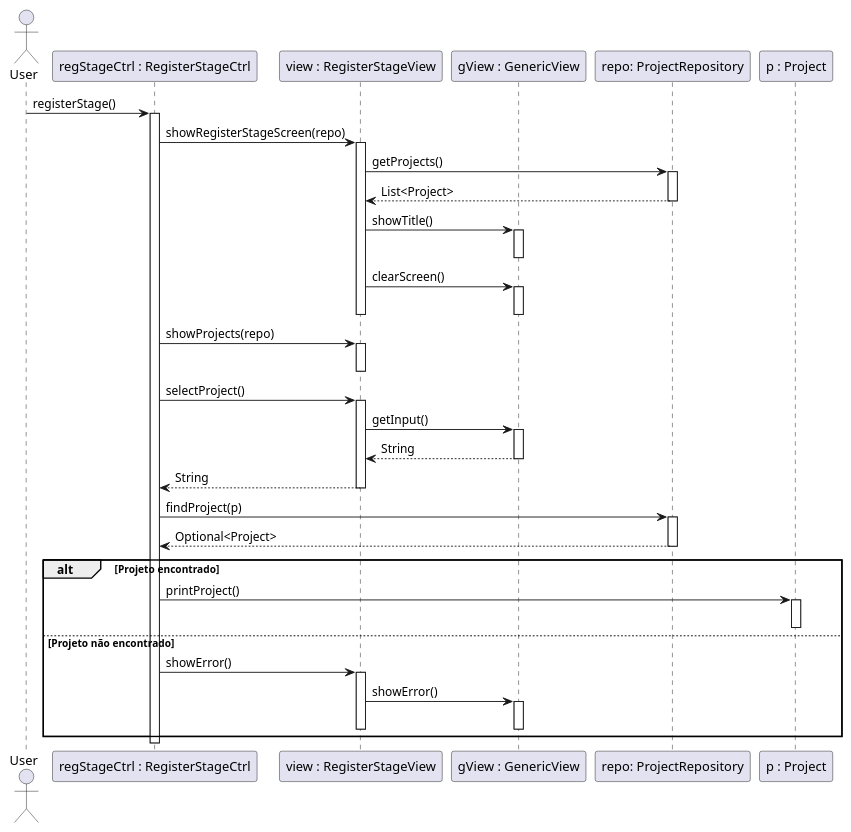
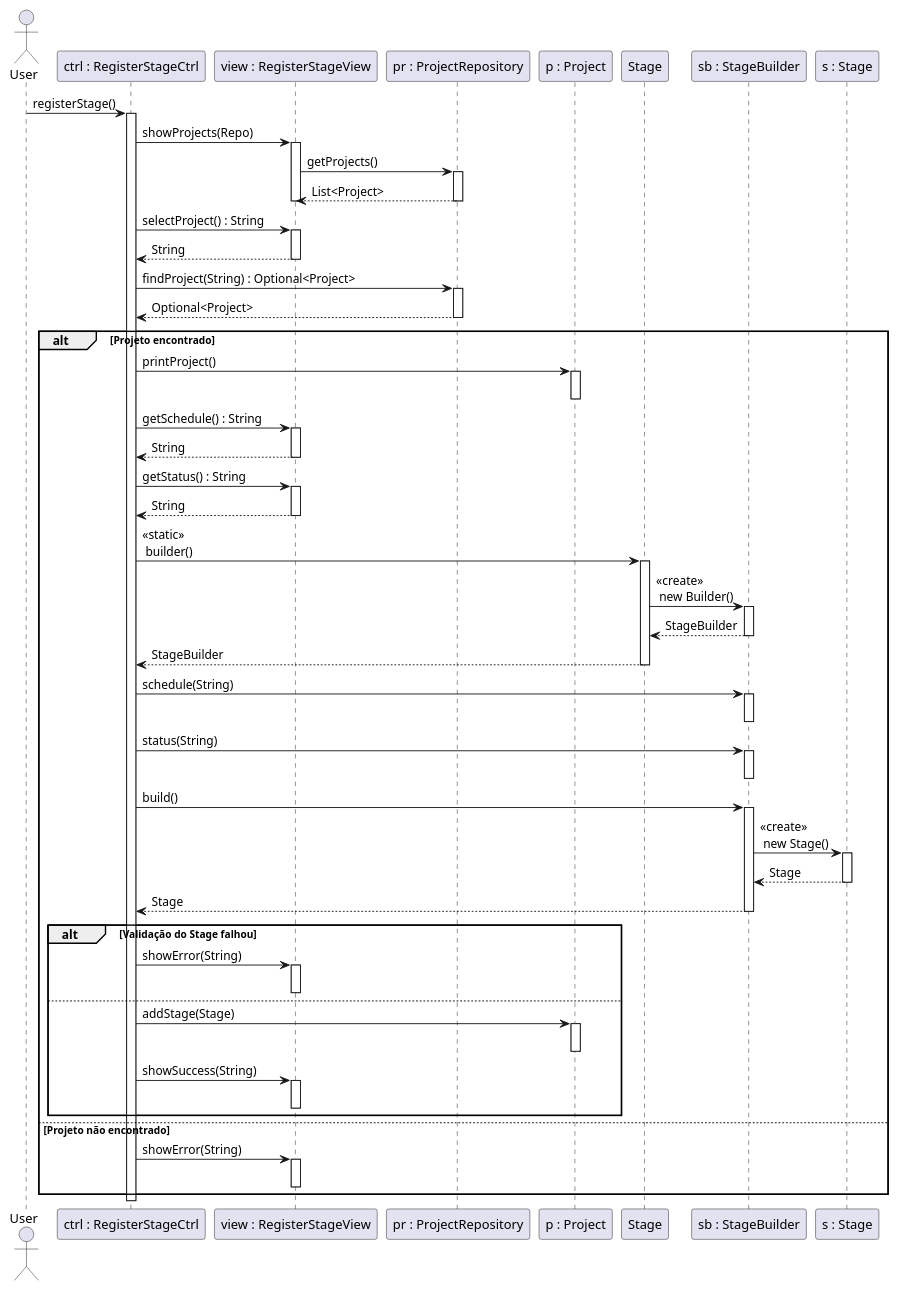
The diagram in sequence-diagram/ec002/seq.plantuml (lucasblopes/ecomp-software-design), drawn with PlantUML before and after one commit. The commit also changed 19 other files, not shown here.

Commit message:
diagramas de comunicação adicionados

```diff
--- a/sequence-diagram/ec002/seq.plantuml
+++ b/sequence-diagram/ec002/seq.plantuml
@@ -1,59 +1,95 @@
 @startuml
 actor User
-participant "regStageCtrl : RegisterStageCtrl" as Ctrl
+participant "ctrl : RegisterStageCtrl" as Ctrl
 participant "view : RegisterStageView" as View
-participant "gView : GenericView" as GView
-participant "repo: ProjectRepository" as Repo
+participant "pr : ProjectRepository" as Repo
 participant "p : Project" as Project
+participant "Stage" as St
+participant "sb : StageBuilder" as Builder
+participant "s : Stage" as Stage
 
 User -> Ctrl: registerStage()
 activate Ctrl
 
-Ctrl -> View: showRegisterStageScreen(repo)
+Ctrl -> View: showProjects(Repo)
 activate View
 View -> Repo: getProjects()
 activate Repo
 Repo --> View: List<Project>
 deactivate Repo
-View -> GView: showTitle()
-activate GView
-deactivate GView
-
-View -> GView: clearScreen()
-activate GView
-deactivate GView
 deactivate View
 
-Ctrl -> View: showProjects(repo)
+Ctrl -> View: selectProject() : String
 activate View
-deactivate View
 
-Ctrl -> View: selectProject()
-activate View
-View -> GView: getInput()
-activate GView
-GView --> View: String
-deactivate GView
 View --> Ctrl: String
 deactivate View
 
-Ctrl -> Repo: findProject(p)
+Ctrl -> Repo: findProject(String) : Optional<Project>
 activate Repo
 Repo --> Ctrl: Optional<Project>
 deactivate Repo
 
 alt Projeto encontrado
     Ctrl -> Project: printProject()
     activate Project
     deactivate Project
+
+    Ctrl -> View: getSchedule() : String
+    activate View
+    View --> Ctrl: String
+    deactivate View
+
+    Ctrl -> View: getStatus() : String
+    activate View
+    View --> Ctrl: String
+    deactivate View
+  
+    Ctrl -> St : <<static>> \n builder()
+    activate St
+    St -> Builder : <<create>> \n new Builder()
+    activate Builder
+    Builder --> St: StageBuilder
+    deactivate Builder
+    St --> Ctrl: StageBuilder
+    deactivate St
+    
+    Ctrl -> Builder: schedule(String)
+    activate Builder
+    deactivate Builder
+
+    Ctrl -> Builder: status(String)
+    activate Builder
+    deactivate Builder
+    
+    Ctrl -> Builder: build()
+    activate Builder
+    Builder -> Stage: <<create>> \n new Stage()
+    activate Stage
+    Stage --> Builder: Stage
+    deactivate Stage
+    Builder --> Ctrl: Stage
+    deactivate Builder
+
+    alt Validação do Stage falhou
+        Ctrl -> View: showError(String)
+        activate View
+        deactivate View
+    else
+      Ctrl -> Project: addStage(Stage)
+      activate Project
+      deactivate Project
+
+      Ctrl -> View: showSuccess(String)
+      activate View
+      deactivate View
+    end
+
 else Projeto não encontrado
-    Ctrl -> View: showError()
+    Ctrl -> View: showError(String)
     activate View
-    View -> GView: showError()
-    activate GView
-    deactivate GView
     deactivate View
 end
 
 deactivate Ctrl
 @enduml
```
